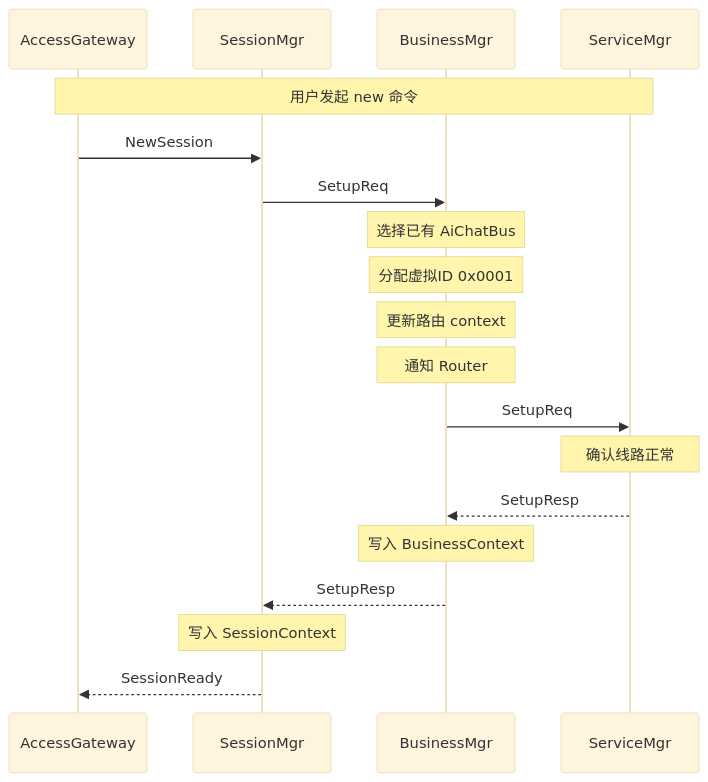
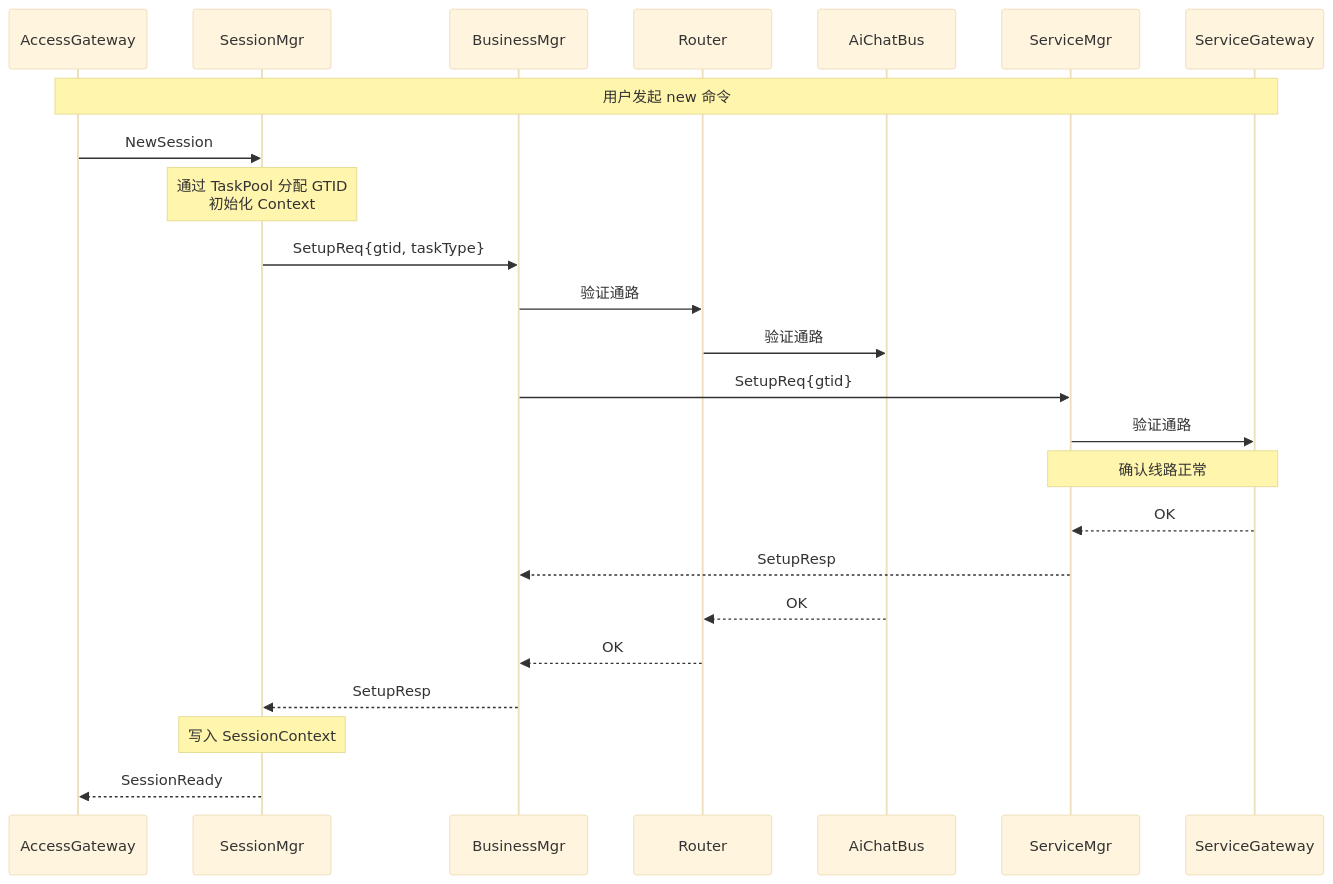
Before and after one commit to yun-qilong/flow_hub: the second of 4 diagrams in README.md, drawn with Mermaid (base theme). The commit also changed other lines of this file and 4 other files, not shown here.

First line of the commit message:
[Infra]replace dual-address with GTID + sourceAddress, scope Router to Business Layer

````diff
--- a/README.md
+++ b/README.md
@@ -250,31 +268,35 @@
 ```mermaid
 sequenceDiagram
     participant AG as AccessGateway
     participant SMC as SessionMgr
     participant BMC as BusinessMgr
+    participant R as Router
+    participant AI as AiChatBus
     participant SVC as ServiceMgr
+    participant SG as ServiceGateway
 
-    Note over AG,SVC: 用户发起 new 命令
+    Note over AG,SG: 用户发起 new 命令
 
     AG->>SMC: NewSession
-    SMC->>BMC: SetupReq
 
-    Note over BMC: 选择已有 AiChatBus
-    Note over BMC: 分配虚拟ID 0x0001
-    Note over BMC: 更新路由 context
-    Note over BMC: 通知 Router
+    Note over SMC: 通过 TaskPool 分配 GTID<br/>初始化 Context
 
-    BMC->>SVC: SetupReq
+    SMC->>BMC: SetupReq{gtid, taskType}
+    BMC->>R: 验证通路
+    R->>AI: 验证通路
+    BMC->>SVC: SetupReq{gtid}
+    SVC->>SG: 验证通路
 
-    Note over SVC: 确认线路正常
+    Note over SVC,SG: 确认线路正常
 
+    SG-->>SVC: OK
     SVC-->>BMC: SetupResp
-
-    Note over BMC: 写入 BusinessContext
+    AI-->>R: OK
+    R-->>BMC: OK
 
     BMC-->>SMC: SetupResp
 
     Note over SMC: 写入 SessionContext
 
     SMC-->>AG: SessionReady
 ```
````
